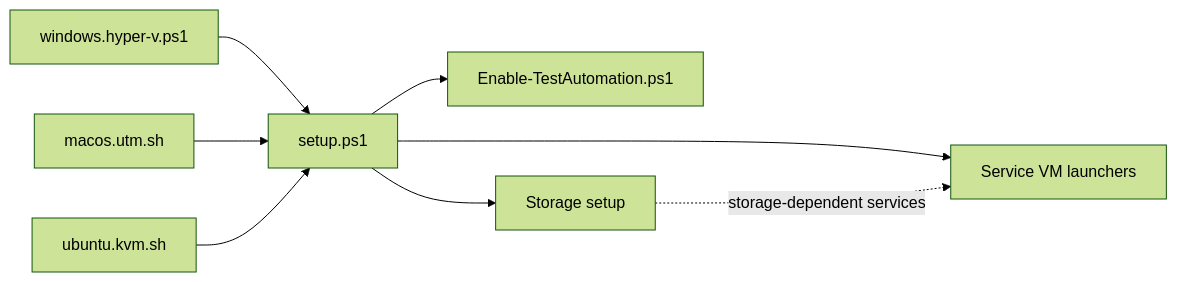
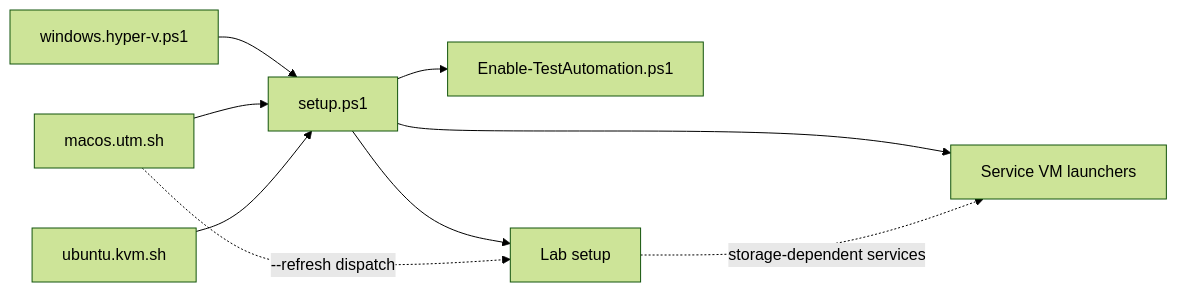
One commit to alissonsol/yuruna changed the first of 7 diagrams in docs/design/02-component-breakdown.md. Above: the diagram before and after it, drawn with Mermaid (forest theme). The commit also changed other lines of this file and 1099 other files, not shown here.

````diff
--- a/docs/design/02-component-breakdown.md
+++ b/docs/design/02-component-breakdown.md
@@ -12,18 +12,20 @@
 ```mermaid
 flowchart LR
     windows-hyper-v["windows.hyper-v.ps1"]
     macos-utm["macos.utm.sh"]
     ubuntu-kvm["ubuntu.kvm.sh"]
     setup["setup.ps1"]
     enable-test-automation["Enable-TestAutomation.ps1"]
-    test-lab["Storage setup"]
+    test-lab["Lab setup"]
     test-service["Service VM launchers"]
     windows-hyper-v --> setup
     macos-utm --> setup
     ubuntu-kvm --> setup
     setup --> enable-test-automation
     setup --> test-lab
     setup --> test-service
     %% optional: only storage-dependent services consume configured shares
     test-lab -.->|storage-dependent services| test-service
+    %% optional: --refresh bypasses setup.ps1 entirely
+    macos-utm -.->|--refresh dispatch| test-lab
 ```
````
